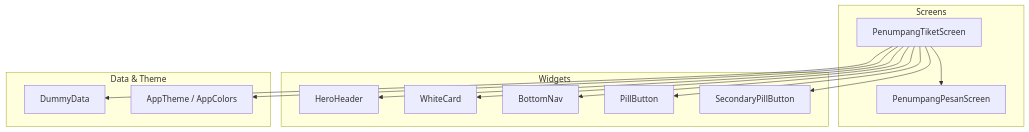
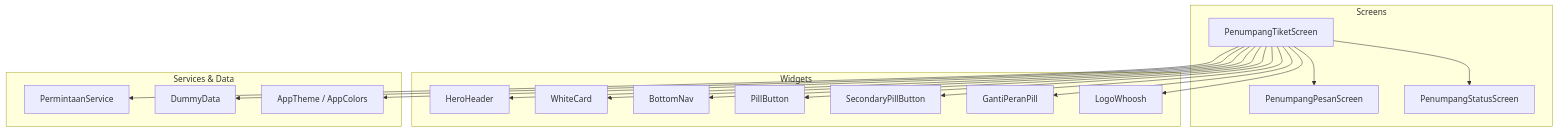
One commit to rdsarjito/whoosh-ramah changed the first of 6 diagrams in .qoder/repowiki/en/content/Mobile Application/Passenger Interface/Ticket Display Screen.md. Above: the diagram before and after it, drawn with Mermaid. The commit also changed other lines of this file and 68 other files, not shown here.

````diff
--- a/.qoder/repowiki/en/content/Mobile Application/Passenger Interface/Ticket Display Screen.md
+++ b/.qoder/repowiki/en/content/Mobile Application/Passenger Interface/Ticket Display Screen.md
@@ -41,26 +56,34 @@
 ```mermaid
 graph TB
 subgraph "Screens"
 PTS["PenumpangTiketScreen"]
 PPS["PenumpangPesanScreen"]
+PSS["PenumpangStatusScreen"]
 end
 subgraph "Widgets"
 HH["HeroHeader"]
 WC["WhiteCard"]
 BN["BottomNav"]
 PB["PillButton"]
 SPB["SecondaryPillButton"]
+GRP["GantiPeranPill"]
+LW["LogoWhoosh"]
 end
-subgraph "Data & Theme"
+subgraph "Services & Data"
+PS["PermintaanService"]
 DD["DummyData"]
 TH["AppTheme / AppColors"]
 end
 PTS --> HH
 PTS --> WC
 PTS --> BN
 PTS --> PB
 PTS --> SPB
+PTS --> GRP
+PTS --> LW
 PTS --> PPS
+PTS --> PSS
+PTS --> PS
 PTS --> DD
 PTS --> TH
 ```
````
